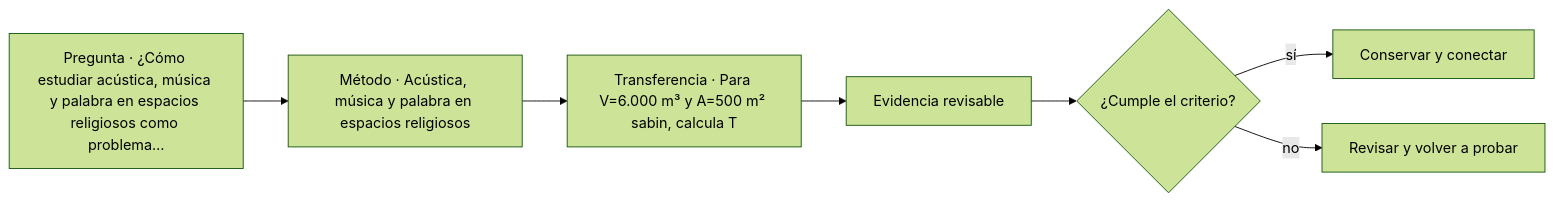
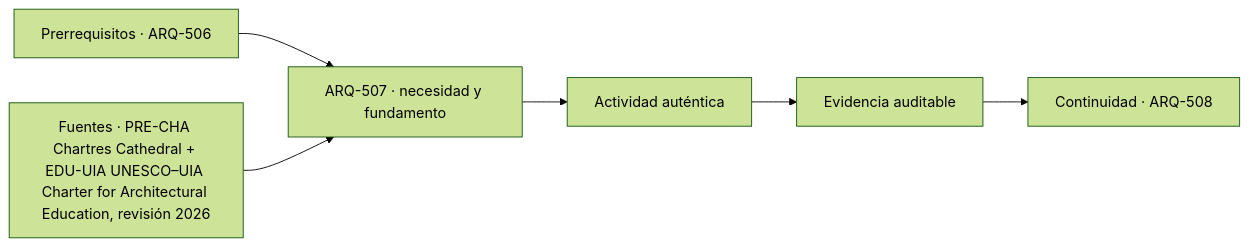
The diagram in classes/parte-51/ARQ-507.md (vladimiracunadev-create/architecture-built-environment-learning-program), drawn with Mermaid (forest theme) before and after one commit. The commit also changed other lines of this file and 761 other files, not shown here.

````diff
--- a/classes/parte-51/ARQ-507.md
+++ b/classes/parte-51/ARQ-507.md
@@ -81,9 +93,8 @@
 ```mermaid
 flowchart LR
-    Q["Pregunta · ¿Cómo estudiar acústica, música y palabra en espacios religiosos como problema…"] --> M["Método · Acústica, música y palabra en espacios religiosos"]
-    M --> P["Transferencia · Para V=6.000 m³ y A=500 m² sabin, calcula T"]
-    P --> E["Evidencia revisable"]
-    E --> C{"¿Cumple el criterio?"}
-    C -->|sí| T["Conservar y conectar"]
-    C -->|no| R["Revisar y volver a probar"]
+    A["Prerrequisitos · ARQ-506"] --> B["ARQ-507 · necesidad y fundamento"]
+    S["Fuentes · PRE-CHA Chartres Cathedral + EDU-UIA UNESCO–UIA Charter for Architectural Education, revisión 2026"] --> B
+    B --> C["Actividad auténtica"]
+    C --> D["Evidencia auditable"]
+    D --> E["Continuidad · ARQ-508"]
 ```
````
